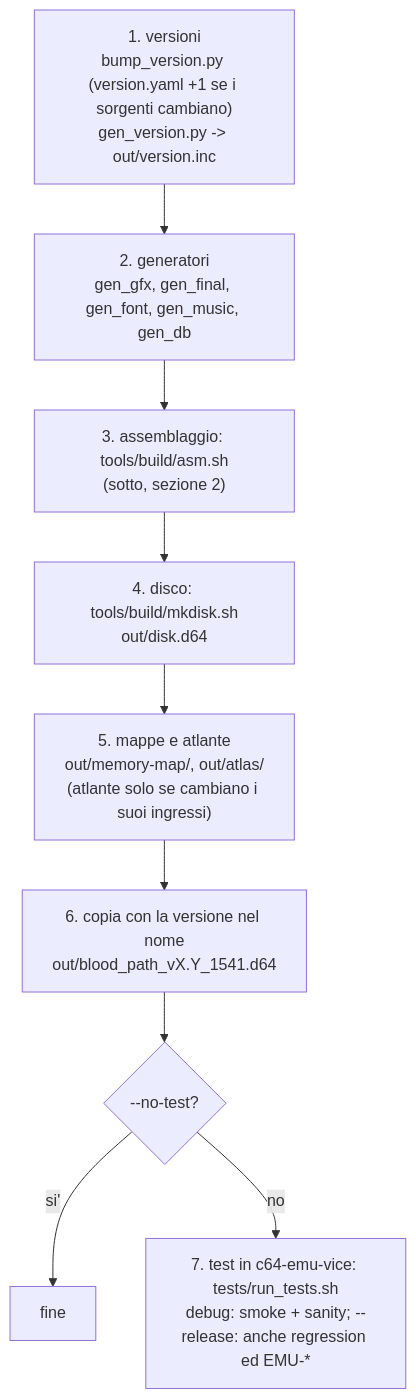
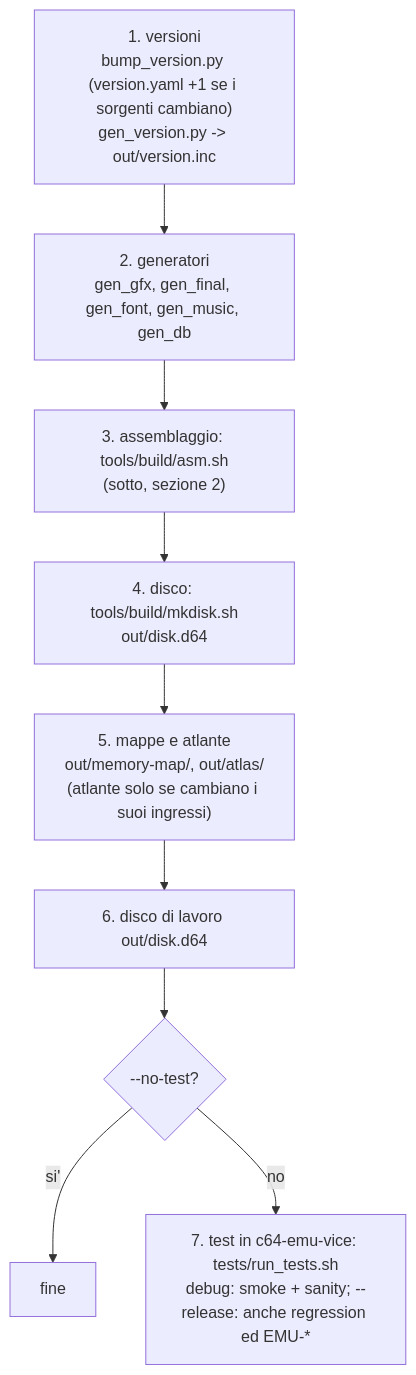
Before and after one commit to caporalesimone/barbarian-the-blood-path: the first of 4 diagrams in docs/build.md, drawn with Mermaid. The commit also changed other lines of this file and 15 other files, not shown here.

First line of the commit message:
Build: artefatti per versione in out/releases/v<V>/ con retention (v1.241)

````diff
--- a/docs/build.md
+++ b/docs/build.md
@@ -12,11 +12,11 @@
 ```mermaid
 flowchart TD
     V["1. versioni<br/>bump_version.py (version.yaml +1 se i sorgenti cambiano)<br/>gen_version.py -> out/version.inc"] --> G
     G["2. generatori<br/>gen_gfx, gen_final, gen_font, gen_music, gen_db"] --> A
     A["3. assemblaggio: tools/build/asm.sh<br/>(sotto, sezione 2)"] --> D
     D["4. disco: tools/build/mkdisk.sh<br/>out/disk.d64"] --> M
     M["5. mappe e atlante<br/>out/memory-map/, out/atlas/<br/>(atlante solo se cambiano i suoi ingressi)"] --> C
-    C["6. copia con la versione nel nome<br/>out/blood_path_vX.Y_1541.d64"] --> T{"--no-test?"}
+    C["6. disco di lavoro out/disk.d64"] --> T{"--no-test?"}
     T -->|si'| E1["fine"]
     T -->|no| R["7. test in c64-emu-vice: tests/run_tests.sh<br/>debug: smoke + sanity; --release: anche regression ed EMU-*"]
 ```
````
